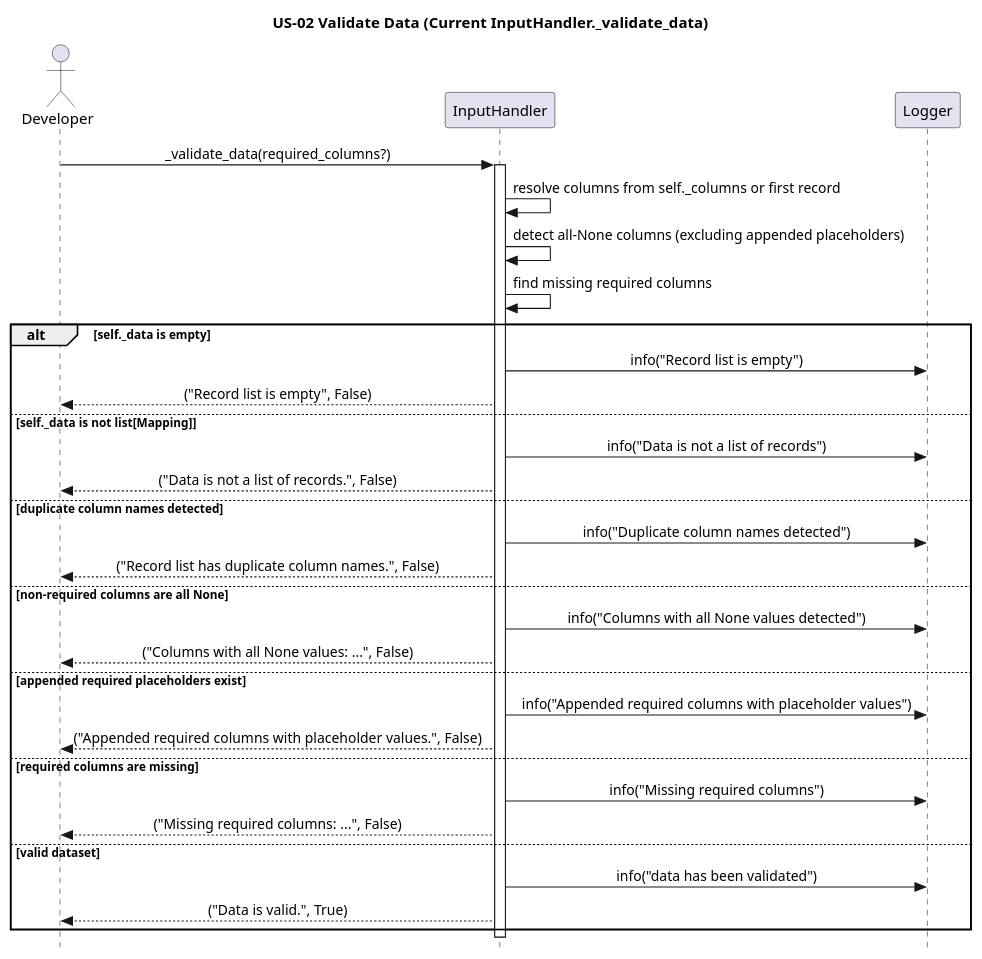
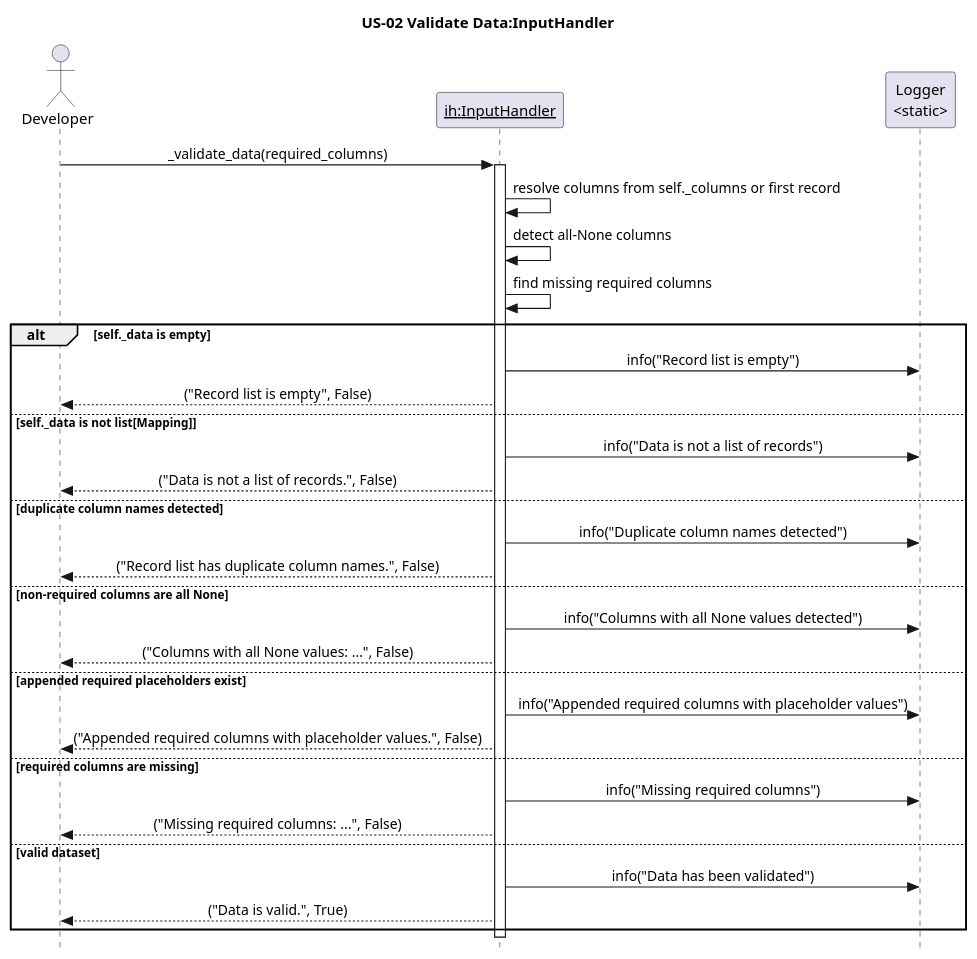
One commit to egrembocki/htmrl changed the diagram in docs/puml/US/us-02.puml. Above: the diagram before and after it, drawn with PlantUML. The commit also changed 2 other files, not shown here.

```diff
--- a/docs/puml/US/us-02.puml
+++ b/docs/puml/US/us-02.puml
@@ -1,41 +1,41 @@
 @startuml
 skinparam style strictuml
 skinparam sequenceMessageAlign center
 skinparam responseMessageBelowArrow true
-title US-02 Validate Data (Current InputHandler._validate_data)
+title US-02 Validate Data:InputHandler
 
 actor Developer
-participant "InputHandler" as IH
-participant "Logger" as LOG
+participant "<u>ih:InputHandler</u>" as IH
+participant "Logger\n<static>" as LOG
 
-Developer -> IH: _validate_data(required_columns?)
+Developer -> IH: _validate_data(required_columns)
 activate IH
 IH -> IH: resolve columns from self._columns or first record
-IH -> IH: detect all-None columns (excluding appended placeholders)
+IH -> IH: detect all-None columns 
 IH -> IH: find missing required columns
 
 alt self._data is empty
   IH -> LOG: info("Record list is empty")
   IH --> Developer: ("Record list is empty", False)
 else self._data is not list[Mapping]
   IH -> LOG: info("Data is not a list of records")
   IH --> Developer: ("Data is not a list of records.", False)
 else duplicate column names detected
   IH -> LOG: info("Duplicate column names detected")
   IH --> Developer: ("Record list has duplicate column names.", False)
 else non-required columns are all None
   IH -> LOG: info("Columns with all None values detected")
   IH --> Developer: ("Columns with all None values: ...", False)
 else appended required placeholders exist
   IH -> LOG: info("Appended required columns with placeholder values")
   IH --> Developer: ("Appended required columns with placeholder values.", False)
 else required columns are missing
   IH -> LOG: info("Missing required columns")
   IH --> Developer: ("Missing required columns: ...", False)
 else valid dataset
-  IH -> LOG: info("data has been validated")
+  IH -> LOG: info("Data has been validated")
   IH --> Developer: ("Data is valid.", True)
 end
 
 deactivate IH
 @enduml
```
